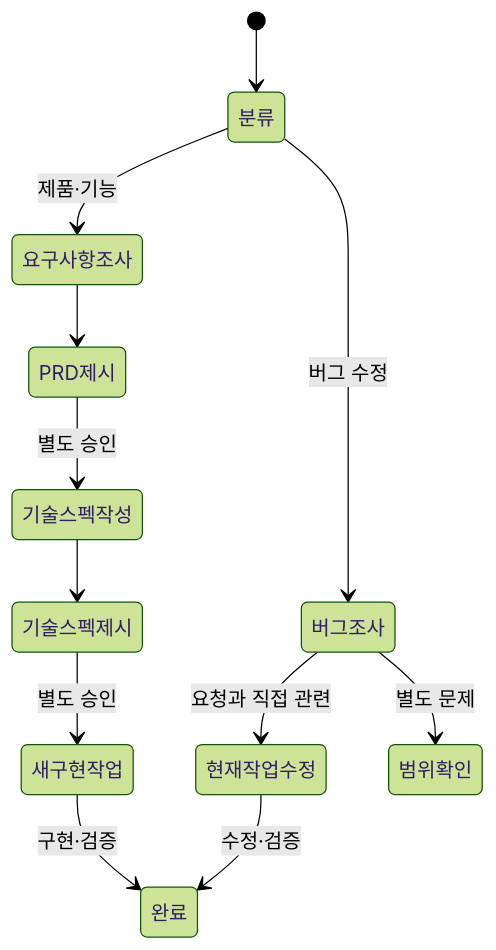
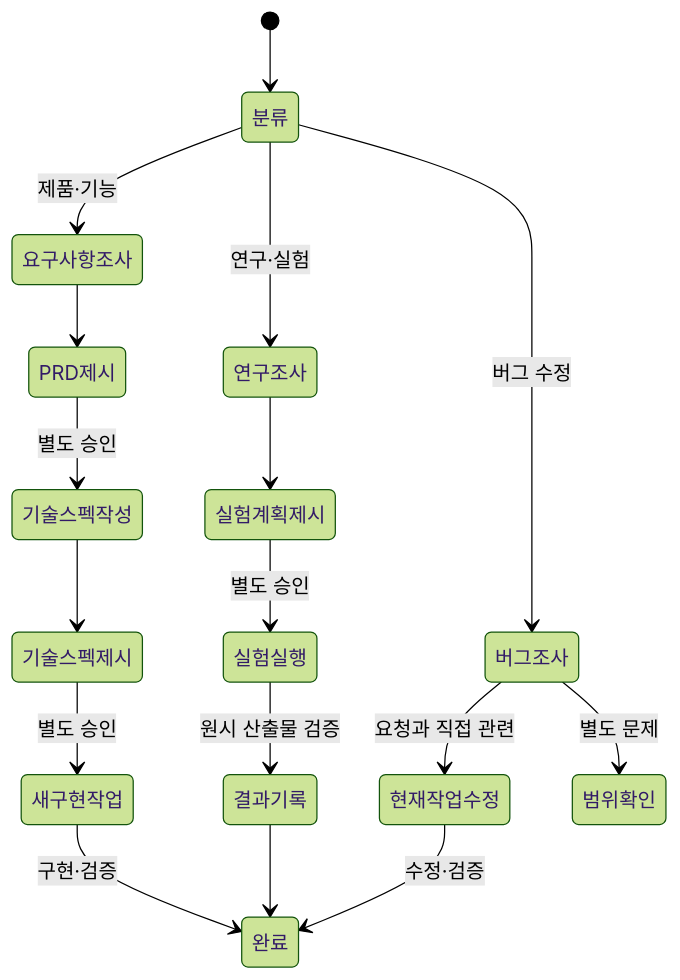
Before and after one commit to j-token/j-token-codex-workflow-kit: the diagram in workflow-plugin-design.md, drawn with Mermaid (forest theme). The commit also changed other lines of this file and 6 other files, not shown here.

Commit message:
feat: 연구 실험 문서 플로우 추가

````diff
--- a/workflow-plugin-design.md
+++ b/workflow-plugin-design.md
@@ -18,14 +19,19 @@
 ```mermaid
 stateDiagram-v2
     [*] --> 분류
     분류 --> 요구사항조사: 제품·기능
     요구사항조사 --> PRD제시
     PRD제시 --> 기술스펙작성: 별도 승인
     기술스펙작성 --> 기술스펙제시
     기술스펙제시 --> 새구현작업: 별도 승인
     새구현작업 --> 완료: 구현·검증
+    분류 --> 연구조사: 연구·실험
+    연구조사 --> 실험계획제시
+    실험계획제시 --> 실험실행: 별도 승인
+    실험실행 --> 결과기록: 원시 산출물 검증
+    결과기록 --> 완료
     분류 --> 버그조사: 버그 수정
     버그조사 --> 현재작업수정: 요청과 직접 관련
     버그조사 --> 범위확인: 별도 문제
     현재작업수정 --> 완료: 수정·검증
 ```
````
